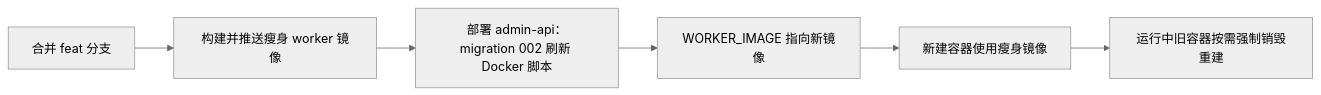
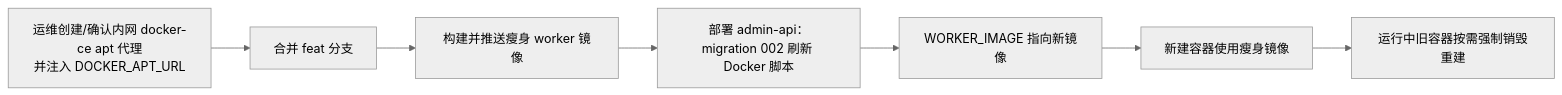
The fourth of 4 diagrams in docs/engineering/proposals/20261018-feat-workload-phase4.md (Deliay/z-agent-gear), drawn with Mermaid (neutral theme) before and after one commit. The commit also changed other lines of this file and 3 other files, not shown here.

````diff
--- a/docs/engineering/proposals/20261018-feat-workload-phase4.md
+++ b/docs/engineering/proposals/20261018-feat-workload-phase4.md
@@ -355,8 +363,9 @@
 ```mermaid
 flowchart LR
-    A[合并 feat 分支] --> B[构建并推送瘦身 worker 镜像]
+    A0[运维创建/确认内网 docker-ce apt 代理<br/>并注入 DOCKER_APT_URL] --> A[合并 feat 分支]
+    A --> B[构建并推送瘦身 worker 镜像]
     B --> C[部署 admin-api：migration 002 刷新 Docker 脚本]
     C --> D[WORKER_IMAGE 指向新镜像]
     D --> E[新建容器使用瘦身镜像]
     E --> F[运行中旧容器按需强制销毁重建]
 ```
````
